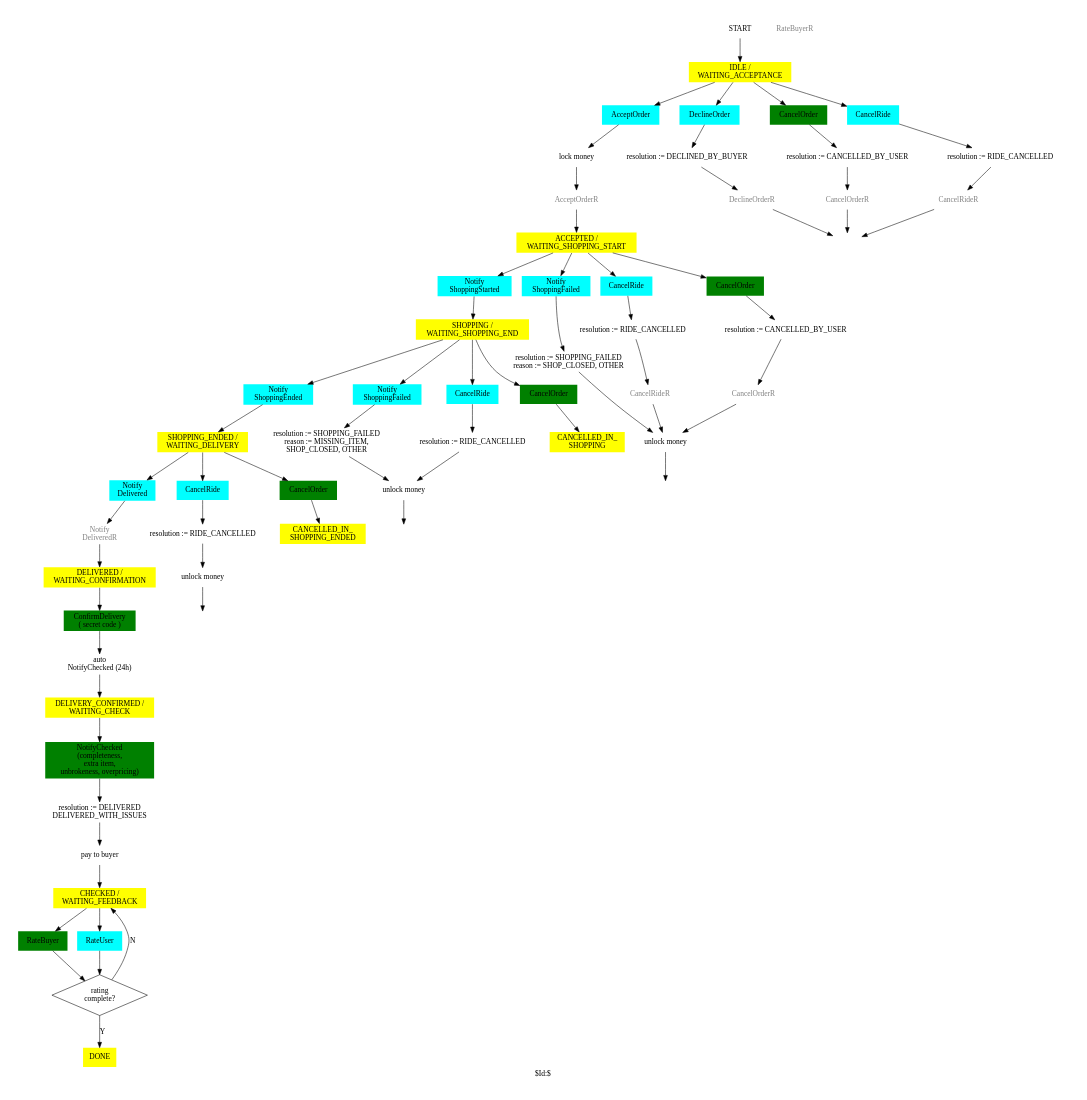
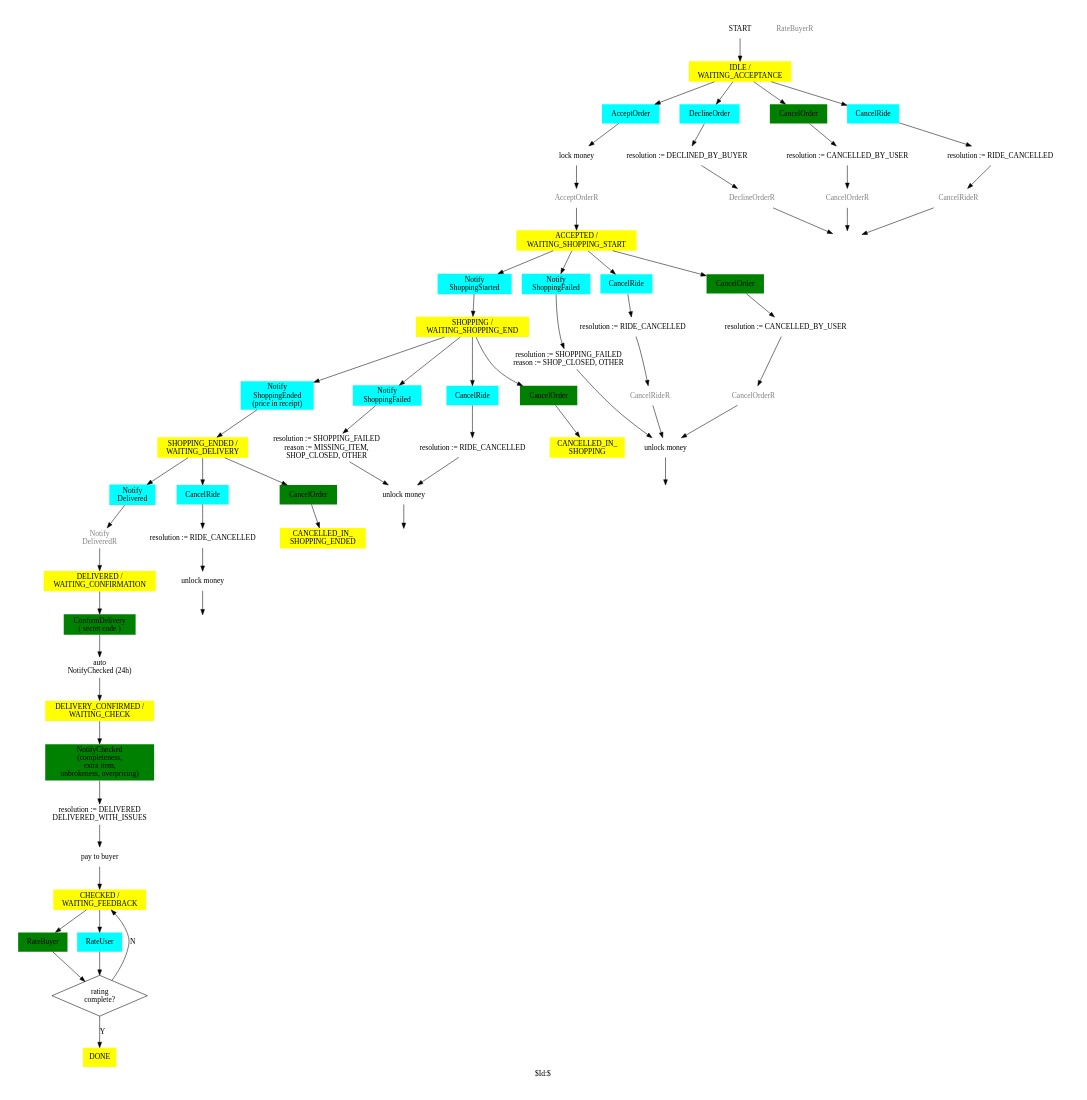
The diagram in docs/Order.gv (trodevel/lieferbay_protocol), drawn with Graphviz before and after one commit.

Commit message:
DOC: intermediate results

```diff
--- a/docs/Order.gv
+++ b/docs/Order.gv
@@ -1,149 +1,149 @@
 # Order FSM.
 #
 # Copyright (C) 2019 Sergey Kolevatov
 #
 # This program is free software: you can redistribute it and/or modify
 # it under the terms of the GNU General Public License as published by
 # the Free Software Foundation, either version 3 of the License, or
 # (at your option) any later version.
 #
 # This program is distributed in the hope that it will be useful,
 # but WITHOUT ANY WARRANTY; without even the implied warranty of
 # MERCHANTABILITY or FITNESS FOR A PARTICULAR PURPOSE. See the
 # GNU General Public License for more details.
 #
 # You should have received a copy of the GNU General Public License
 # along with this program. If not, see <http://www.gnu.org/licenses/>.
 #
 # SKV 19a31
 #
 # $Id:$
 #
 # execute: FL=Order; dot -l sdl.ps -Tps $FL.gv -o $FL.ps; ps2pdf $FL.ps $FL.pdf
 
 digraph Order
 {
 
 label="$Id:$";
 
 size="7,7";
 ratio=fill;
 splines=true;
 node [peripheries=0 style=filled fillcolor=white]
 
 ######################################################
 # states
 
 START                           [ shape = sdl_start ]
 WAITING_ACCEPTANCE              [ label = "IDLE /\nWAITING_ACCEPTANCE"            shape = sdl_state fillcolor=yellow ]
 ACCEPTED_WAITING_SHOPPING_START [ label = "ACCEPTED /\nWAITING_SHOPPING_START"    shape = sdl_state fillcolor=yellow ]
 SHOPPING_WAITING_SHOPPING_END   [ label = "SHOPPING /\nWAITING_SHOPPING_END"      shape = sdl_state fillcolor=yellow ]
 CANCELLED_IN_SHOPPING           [ label = "CANCELLED_IN_\nSHOPPING"               shape = sdl_state fillcolor=yellow ]
 SHOPPING_ENDED_WAITING_DELIVERY [ label = "SHOPPING_ENDED /\nWAITING_DELIVERY"    shape = sdl_state fillcolor=yellow ]
 CANCELLED_IN_SHOPPING_ENDED     [ label = "CANCELLED_IN_\nSHOPPING_ENDED"         shape = sdl_state fillcolor=yellow ]
 DELIVERED_WAITING_CONFIRMATION  [ label = "DELIVERED /\nWAITING_CONFIRMATION"     shape = sdl_state fillcolor=yellow ]
 DELIVERY_CONFIRMED_WAITING_CHECK [ label = "DELIVERY_CONFIRMED /\nWAITING_CHECK"   shape = sdl_state fillcolor=yellow ]
 CHECKED_WAITING_FEEDBACK        [ label = "CHECKED /\nWAITING_FEEDBACK"           shape = sdl_state fillcolor=yellow ]
 DONE                            [ label = "DONE"                                  shape = sdl_state fillcolor=yellow ]
 
 ######################################################
 # actions
 
 WAITING_ACCEPTANCE__ACCEPT_ORDER            [ label="AcceptOrder"                       shape = sdl_input_from_right fillcolor=cyan ]
 WAITING_ACCEPTANCE__CALL_LOCK_MONEY         [ label="lock money"                        shape = sdl_call ]
 WAITING_ACCEPTANCE__SEND_ACCEPT_ORDER       [ label="AcceptOrderR"                      shape = sdl_output_to_right  color=gray fontcolor=gray ]
 WAITING_ACCEPTANCE__DECLINE_ORDER           [ label="DeclineOrder"                      shape = sdl_input_from_right fillcolor=cyan ]
 WAITING_ACCEPTANCE__SEND_DECLINE_ORDER      [ label="DeclineOrderR"                     shape = sdl_output_to_right  color=gray fontcolor=gray ]
 WAITING_ACCEPTANCE__CANCEL_ORDER            [ label="CancelOrder"                       shape = sdl_input_from_left  fillcolor=green ]
 WAITING_ACCEPTANCE__SEND_CANCEL_ORDER       [ label="CancelOrderR"                      shape = sdl_output_to_left   color=gray fontcolor=gray ]
 WAITING_ACCEPTANCE__CANCEL_RIDE             [ label="CancelRide"                        shape = sdl_input_from_right fillcolor=cyan ]
 WAITING_ACCEPTANCE__SEND_CANCEL_RIDE        [ label="CancelRideR"                       shape = sdl_output_to_right  color=gray fontcolor=gray ]
 WAITING_ACCEPTANCE__RESOL_1                 [ label="resolution := CANCELLED_BY_USER"   shape = sdl_task ]
 WAITING_ACCEPTANCE__RESOL_2                 [ label="resolution := DECLINED_BY_BUYER" shape = sdl_task ]
 WAITING_ACCEPTANCE__RESOL_3                 [ label="resolution := RIDE_CANCELLED"      shape = sdl_task ]
 WAITING_ACCEPTANCE__END                     [ label = ""                                shape = sdl_stop  style=solid ]
 
 ACCEPTED_WAITING_SHOPPING_START__SHOPPING_STARTED [ label="Notify\nShoppingStarted"           shape = sdl_input_from_right fillcolor=cyan ]
 ACCEPTED_WAITING_SHOPPING_START__SHOPPING_FAILED  [ label="Notify\nShoppingFailed"            shape = sdl_input_from_right fillcolor=cyan ]
 ACCEPTED_WAITING_SHOPPING_START__CANCEL_RIDE      [ label="CancelRide"                        shape = sdl_input_from_right fillcolor=cyan ]
 ACCEPTED_WAITING_SHOPPING_START__SEND_CANCEL_RIDE [ label="CancelRideR"                       shape = sdl_output_to_right color=gray fontcolor=gray ]
 ACCEPTED_WAITING_SHOPPING_START__CANCEL_ORDER     [ label="CancelOrder"                       shape = sdl_input_from_left  fillcolor=green ]
 ACCEPTED_WAITING_SHOPPING_START__SEND_CANCEL_ORDER    [ label="CancelOrderR"                  shape = sdl_output_to_left color=gray fontcolor=gray ]
 #ACCEPTED_WAITING_SHOPPING_START__CANCEL_ORDER_2   [ label="CancelOrder"                       shape = sdl_input_from_right fillcolor=cyan ]
 #ACCEPTED_WAITING_SHOPPING_START__SEND_CANCEL_ORDER_2  [ label="CancelOrderR"                  shape = sdl_output_to_right ]
 ACCEPTED_WAITING_SHOPPING_START__RESOL_1          [ label="resolution := RIDE_CANCELLED"      shape = sdl_task ]
 ACCEPTED_WAITING_SHOPPING_START__RESOL_2          [ label="resolution := CANCELLED_BY_USER"   shape = sdl_task ]
 ACCEPTED_WAITING_SHOPPING_START__RESOL_3          [ label="resolution := SHOPPING_FAILED\nreason := SHOP_CLOSED, OTHER"     shape = sdl_task ]
 ACCEPTED_WAITING_SHOPPING_START__CALL_UNLOCK_MONEY [ label="unlock money"                     shape = sdl_call ]
 ACCEPTED_WAITING_SHOPPING_START__END              [ label = ""                                shape = sdl_stop  style=solid ]
 
 
-SHOPPING_WAITING_SHOPPING_END__SHOPPING_ENDED     [ label="Notify\nShoppingEnded"             shape = sdl_input_from_right fillcolor=cyan ]
+SHOPPING_WAITING_SHOPPING_END__SHOPPING_ENDED     [ label="Notify\nShoppingEnded\n(price in receipt)" shape = sdl_input_from_right fillcolor=cyan ]
 SHOPPING_WAITING_SHOPPING_END__SHOPPING_FAILED    [ label="Notify\nShoppingFailed"            shape = sdl_input_from_right fillcolor=cyan ]
 SHOPPING_WAITING_SHOPPING_END__CANCEL_RIDE        [ label="CancelRide"                        shape = sdl_input_from_right fillcolor=cyan ]
 SHOPPING_WAITING_SHOPPING_END__CANCEL_ORDER       [ label="CancelOrder"                       shape = sdl_input_from_left  fillcolor=green ]
 SHOPPING_WAITING_SHOPPING_END__RESOL_1            [ label="resolution := RIDE_CANCELLED"      shape = sdl_task ]
 SHOPPING_WAITING_SHOPPING_END__RESOL_3            [ label="resolution := SHOPPING_FAILED\nreason := MISSING_ITEM,\nSHOP_CLOSED, OTHER"     shape = sdl_task ]
 SHOPPING_WAITING_SHOPPING_END__CALL_UNLOCK_MONEY  [ label="unlock money"                      shape = sdl_call ]
 SHOPPING_WAITING_SHOPPING_END__END                [ label = ""                                shape = sdl_stop  style=solid ]
 
 SHOPPING_ENDED_WAITING_DELIVERY__DELIVERED        [ label="Notify\nDelivered"                 shape = sdl_input_from_right fillcolor=cyan ]
 SHOPPING_ENDED_WAITING_DELIVERY__CANCEL_RIDE      [ label="CancelRide"                        shape = sdl_input_from_right fillcolor=cyan ]
 SHOPPING_ENDED_WAITING_DELIVERY__CANCEL_ORDER     [ label="CancelOrder"                       shape = sdl_input_from_left  fillcolor=green ]
 SHOPPING_ENDED_WAITING_DELIVERY__SEND_DELIVERED   [ label="Notify\nDeliveredR"                shape = sdl_output_to_right  color=gray fontcolor=gray ]
 SHOPPING_ENDED_WAITING_DELIVERY__RESOL_1          [ label="resolution := RIDE_CANCELLED"      shape = sdl_task ]
 SHOPPING_ENDED_WAITING_DELIVERY__CALL_UNLOCK_MONEY  [ label="unlock money"                    shape = sdl_call ]
 SHOPPING_ENDED_WAITING_DELIVERY__END              [ label = ""                                shape = sdl_stop  style=solid ]
 
 DELIVERED_WAITING_CONFIRMATION__CONFIRM           [ label="ConfirmDelivery\n( secret code )"  shape = sdl_input_from_left  fillcolor=green ]
 DELIVERED_WAITING_CONFIRMATION__SET_TIMER         [ label="auto\nNotifyChecked (24h)"         shape = sdl_set ]
 
 DELIVERY_CONFIRMED_WAITING_CHECK__CHECK           [ label="NotifyChecked\n(completeness,\nextra item,\nunbrokeness, overpricing)"   shape = sdl_input_from_left  fillcolor=green ]
 DELIVERY_CONFIRMED_WAITING_CHECK__RESOL_1         [ label="resolution := DELIVERED\nDELIVERED_WITH_ISSUES"        shape = sdl_task ]
 DELIVERY_CONFIRMED_WAITING_CHECK__CALL_PAY        [ label="pay to buyer"                      shape = sdl_call ]
 
 CHECKED_WAITING_FEEDBACK__RATE_BUYER    [ label="RateBuyer"                        shape = sdl_input_from_left  fillcolor=green ]
 CHECKED_WAITING_FEEDBACK__SEND_RATE_BUYER    [ label="RateBuyerR"                  shape = sdl_output_to_left   color=gray fontcolor=gray ]
 CHECKED_WAITING_FEEDBACK__RATE_USER     [ label="RateUser"                         shape = sdl_input_from_right fillcolor=cyan ]
 CHECKED_WAITING_FEEDBACK__RATING_COMPLETE [ label="rating\ncomplete?"              shape = diamond peripheries=1]
 
 ######################################################
 # transitions
 
 START -> WAITING_ACCEPTANCE
 
 WAITING_ACCEPTANCE -> WAITING_ACCEPTANCE__ACCEPT_ORDER   -> WAITING_ACCEPTANCE__CALL_LOCK_MONEY -> WAITING_ACCEPTANCE__SEND_ACCEPT_ORDER -> ACCEPTED_WAITING_SHOPPING_START
 WAITING_ACCEPTANCE -> WAITING_ACCEPTANCE__CANCEL_ORDER   -> WAITING_ACCEPTANCE__RESOL_1 -> WAITING_ACCEPTANCE__SEND_CANCEL_ORDER  -> WAITING_ACCEPTANCE__END
 WAITING_ACCEPTANCE -> WAITING_ACCEPTANCE__DECLINE_ORDER  -> WAITING_ACCEPTANCE__RESOL_2 -> WAITING_ACCEPTANCE__SEND_DECLINE_ORDER -> WAITING_ACCEPTANCE__END
 WAITING_ACCEPTANCE -> WAITING_ACCEPTANCE__CANCEL_RIDE    -> WAITING_ACCEPTANCE__RESOL_3 -> WAITING_ACCEPTANCE__SEND_CANCEL_RIDE   -> WAITING_ACCEPTANCE__END
 
 ACCEPTED_WAITING_SHOPPING_START -> ACCEPTED_WAITING_SHOPPING_START__CANCEL_RIDE    -> ACCEPTED_WAITING_SHOPPING_START__RESOL_1 -> ACCEPTED_WAITING_SHOPPING_START__SEND_CANCEL_RIDE    -> ACCEPTED_WAITING_SHOPPING_START__CALL_UNLOCK_MONEY
 ACCEPTED_WAITING_SHOPPING_START -> ACCEPTED_WAITING_SHOPPING_START__CANCEL_ORDER   -> ACCEPTED_WAITING_SHOPPING_START__RESOL_2 -> ACCEPTED_WAITING_SHOPPING_START__SEND_CANCEL_ORDER   -> ACCEPTED_WAITING_SHOPPING_START__CALL_UNLOCK_MONEY
 
 ACCEPTED_WAITING_SHOPPING_START -> ACCEPTED_WAITING_SHOPPING_START__SHOPPING_STARTED -> SHOPPING_WAITING_SHOPPING_END
 ACCEPTED_WAITING_SHOPPING_START -> ACCEPTED_WAITING_SHOPPING_START__SHOPPING_FAILED  -> ACCEPTED_WAITING_SHOPPING_START__RESOL_3 -> ACCEPTED_WAITING_SHOPPING_START__CALL_UNLOCK_MONEY
 
 ACCEPTED_WAITING_SHOPPING_START__CALL_UNLOCK_MONEY -> ACCEPTED_WAITING_SHOPPING_START__END
 
 SHOPPING_WAITING_SHOPPING_END -> SHOPPING_WAITING_SHOPPING_END__SHOPPING_ENDED  -> SHOPPING_ENDED_WAITING_DELIVERY
 SHOPPING_WAITING_SHOPPING_END -> SHOPPING_WAITING_SHOPPING_END__CANCEL_RIDE     -> SHOPPING_WAITING_SHOPPING_END__RESOL_1 -> SHOPPING_WAITING_SHOPPING_END__CALL_UNLOCK_MONEY
 SHOPPING_WAITING_SHOPPING_END -> SHOPPING_WAITING_SHOPPING_END__SHOPPING_FAILED -> SHOPPING_WAITING_SHOPPING_END__RESOL_3 -> SHOPPING_WAITING_SHOPPING_END__CALL_UNLOCK_MONEY
 SHOPPING_WAITING_SHOPPING_END -> SHOPPING_WAITING_SHOPPING_END__CANCEL_ORDER    -> CANCELLED_IN_SHOPPING
 
 SHOPPING_WAITING_SHOPPING_END__CALL_UNLOCK_MONEY -> SHOPPING_WAITING_SHOPPING_END__END
 
 SHOPPING_ENDED_WAITING_DELIVERY -> SHOPPING_ENDED_WAITING_DELIVERY__CANCEL_RIDE    -> SHOPPING_ENDED_WAITING_DELIVERY__RESOL_1 -> SHOPPING_ENDED_WAITING_DELIVERY__CALL_UNLOCK_MONEY
 SHOPPING_ENDED_WAITING_DELIVERY -> SHOPPING_ENDED_WAITING_DELIVERY__DELIVERED      -> SHOPPING_ENDED_WAITING_DELIVERY__SEND_DELIVERED -> DELIVERED_WAITING_CONFIRMATION
 SHOPPING_ENDED_WAITING_DELIVERY -> SHOPPING_ENDED_WAITING_DELIVERY__CANCEL_ORDER   -> CANCELLED_IN_SHOPPING_ENDED
 SHOPPING_ENDED_WAITING_DELIVERY__CALL_UNLOCK_MONEY -> SHOPPING_ENDED_WAITING_DELIVERY__END
 
 DELIVERED_WAITING_CONFIRMATION -> DELIVERED_WAITING_CONFIRMATION__CONFIRM  -> DELIVERED_WAITING_CONFIRMATION__SET_TIMER -> DELIVERY_CONFIRMED_WAITING_CHECK
 
 DELIVERY_CONFIRMED_WAITING_CHECK -> DELIVERY_CONFIRMED_WAITING_CHECK__CHECK -> DELIVERY_CONFIRMED_WAITING_CHECK__RESOL_1 -> DELIVERY_CONFIRMED_WAITING_CHECK__CALL_PAY -> CHECKED_WAITING_FEEDBACK
 
 CHECKED_WAITING_FEEDBACK -> CHECKED_WAITING_FEEDBACK__RATE_BUYER -> CHECKED_WAITING_FEEDBACK__RATING_COMPLETE
 CHECKED_WAITING_FEEDBACK -> CHECKED_WAITING_FEEDBACK__RATE_USER  -> CHECKED_WAITING_FEEDBACK__RATING_COMPLETE
                                                                                           CHECKED_WAITING_FEEDBACK__RATING_COMPLETE -> DONE [ label="Y" ]
                                                                                           CHECKED_WAITING_FEEDBACK__RATING_COMPLETE -> CHECKED_WAITING_FEEDBACK          [ label="N" ]
 
 }
```
